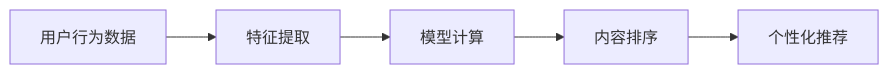
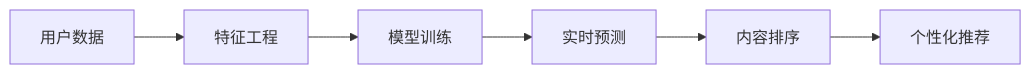
One commit to wayyoungboy/github-trending-reporter changed the second of 8 diagrams in reports/2026/01/2026-01-22.md. Above: the diagram before and after it, drawn with Mermaid. The commit also changed other lines of this file and 1 other file, not shown here.

````diff
--- a/reports/2026/01/2026-01-22.md
+++ b/reports/2026/01/2026-01-22.md
@@ -108,7 +113,8 @@
 ```mermaid
 graph LR
-    A[用户行为数据] --> B[特征提取]
-    B --> C[模型计算]
-    C --> D[内容排序]
-    D --> E[个性化推荐]
+    A[用户数据] --> B[特征工程]
+    B --> C[模型训练]
+    C --> D[实时预测]
+    D --> E[内容排序]
+    E --> F[个性化推荐]
 ```
````
